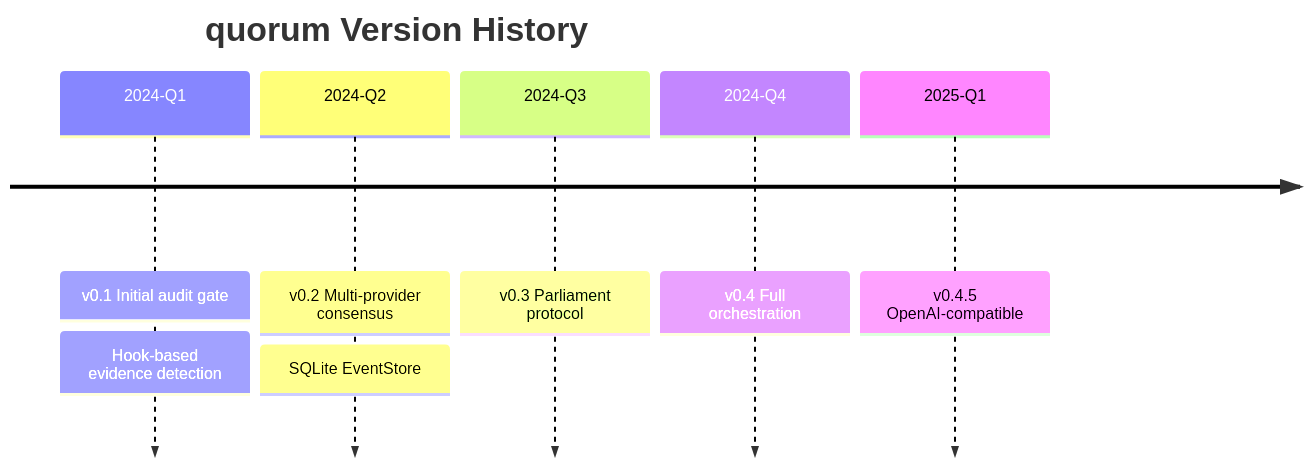
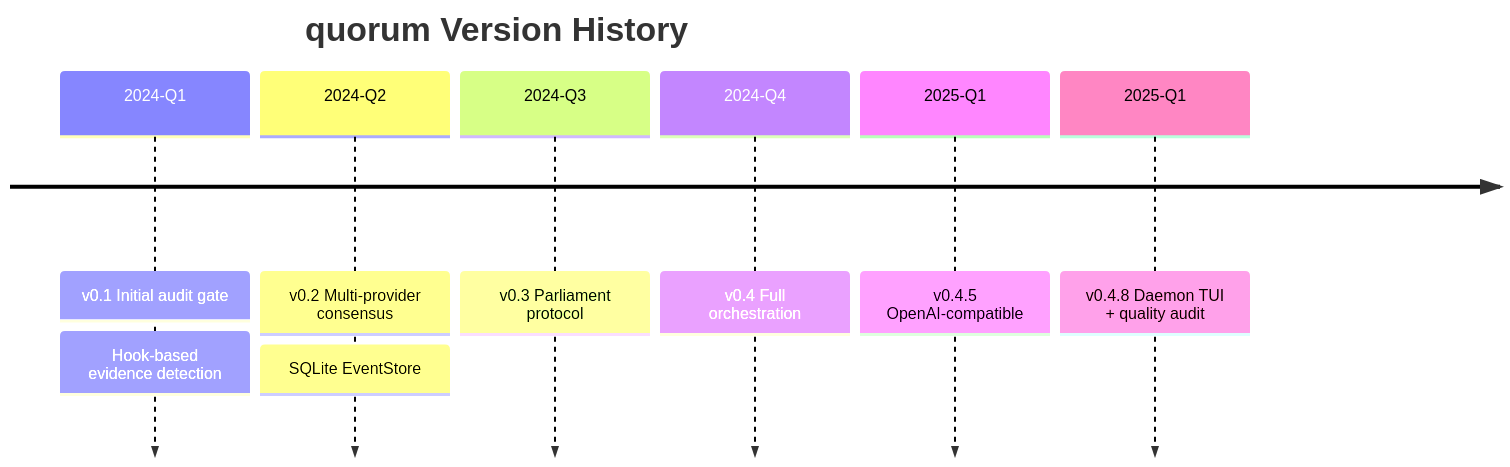
One commit to berrzebb/quorum changed the first of 2 diagrams in platform/skills/mermaid/references/timeline.md. Above: the diagram before and after it, drawn with Mermaid. The commit also changed 42 other files, not shown here.

````diff
--- a/platform/skills/mermaid/references/timeline.md
+++ b/platform/skills/mermaid/references/timeline.md
@@ -5,11 +5,12 @@
 ```mermaid
 timeline
   title quorum Version History
   2024-Q1 : v0.1 Initial audit gate
           : Hook-based evidence detection
   2024-Q2 : v0.2 Multi-provider consensus
           : SQLite EventStore
   2024-Q3 : v0.3 Parliament protocol
   2024-Q4 : v0.4 Full orchestration
   2025-Q1 : v0.4.5 OpenAI-compatible
+  2025-Q1 : v0.4.8 Daemon TUI + quality audit
 ```
````
